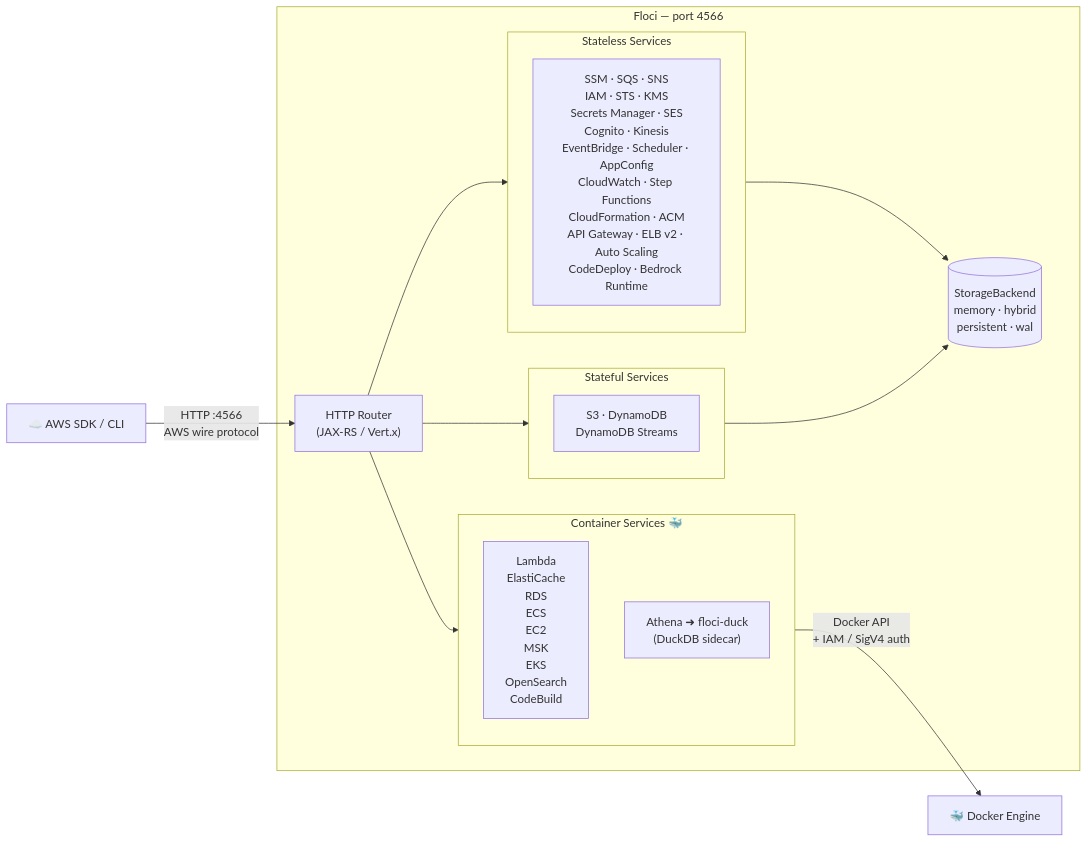
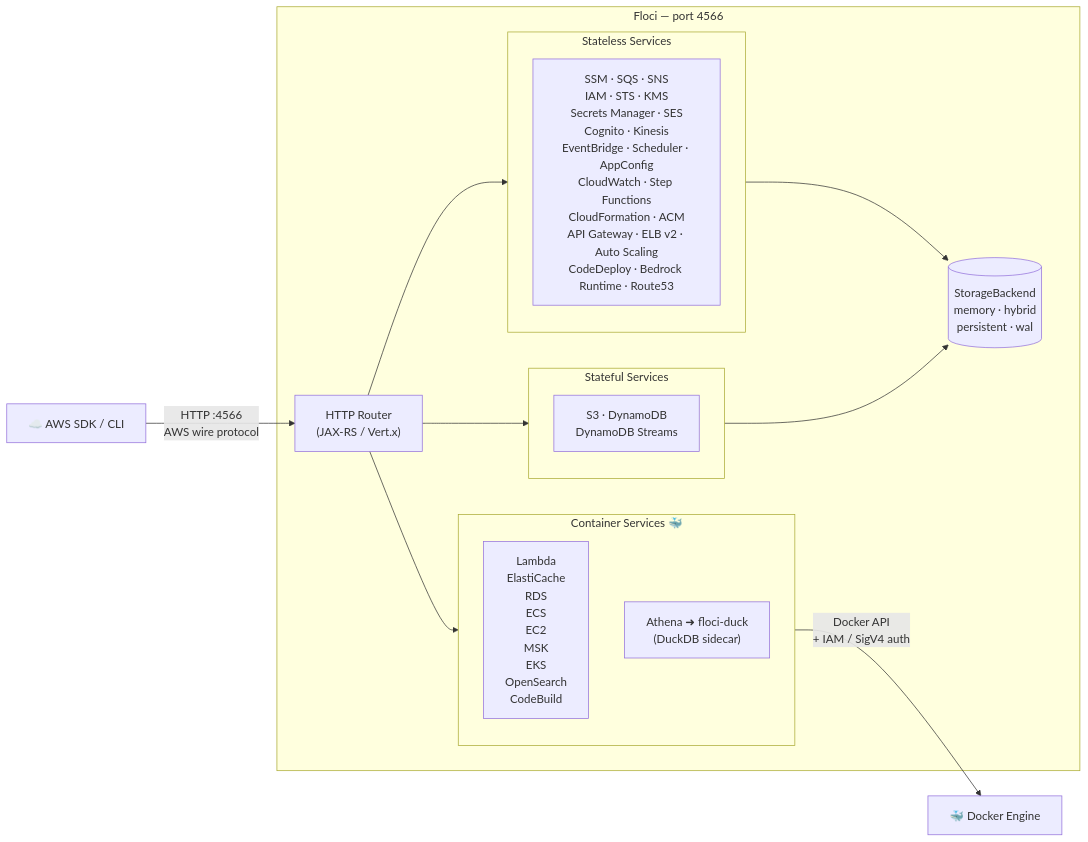
One commit to ryan00x/aws-terraform-ci-validation changed the diagram in README.md. Above: the diagram before and after it, drawn with Mermaid. The commit also changed other lines of this file and 25 other files, not shown here.

````diff
--- a/README.md
+++ b/README.md
@@ -111,30 +111,30 @@
 ```mermaid
 flowchart LR
     Client["☁️ AWS SDK / CLI"]
 
     subgraph Floci ["Floci — port 4566"]
         Router["HTTP Router\n(JAX-RS / Vert.x)"]
 
         subgraph Stateless ["Stateless Services"]
-            A["SSM · SQS · SNS\nIAM · STS · KMS\nSecrets Manager · SES\nCognito · Kinesis\nEventBridge · Scheduler · AppConfig\nCloudWatch · Step Functions\nCloudFormation · ACM\nAPI Gateway · ELB v2 · Auto Scaling\nCodeDeploy · Bedrock Runtime"]
+            A["SSM · SQS · SNS\nIAM · STS · KMS\nSecrets Manager · SES\nCognito · Kinesis\nEventBridge · Scheduler · AppConfig\nCloudWatch · Step Functions\nCloudFormation · ACM\nAPI Gateway · ELB v2 · Auto Scaling\nCodeDeploy · Bedrock Runtime · Route53"]
         end
 
         subgraph Stateful ["Stateful Services"]
             B["S3 · DynamoDB\nDynamoDB Streams"]
         end
 
         subgraph Containers ["Container Services  🐳"]
             C["Lambda\nElastiCache\nRDS\nECS\nEC2\nMSK\nEKS\nOpenSearch\nCodeBuild"]
             D["Athena ➜ floci-duck\n(DuckDB sidecar)"]
         end
 
         Router --> Stateless
         Router --> Stateful
         Router --> Containers
         Stateless & Stateful --> Store[("StorageBackend\nmemory · hybrid\npersistent · wal")]
     end
 
     Docker["🐳 Docker Engine"]
     Client -->|"HTTP :4566\nAWS wire protocol"| Router
     Containers -->|"Docker API\n+ IAM / SigV4 auth"| Docker
 ```
````
